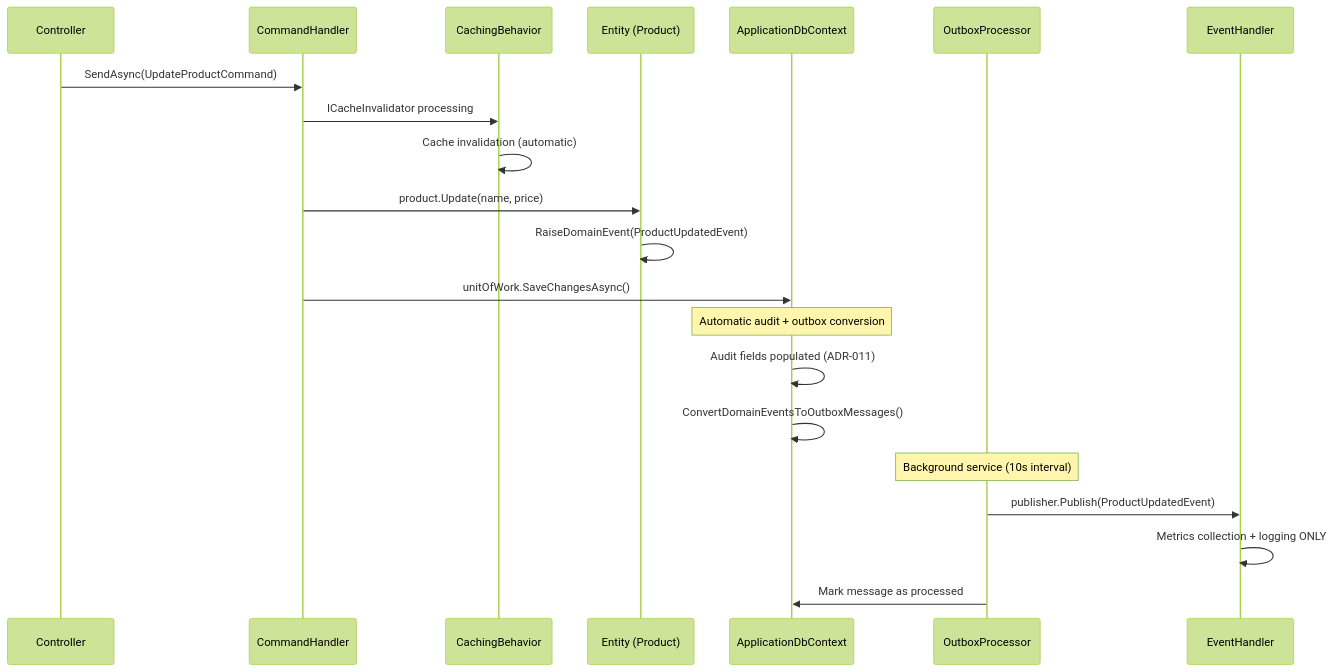
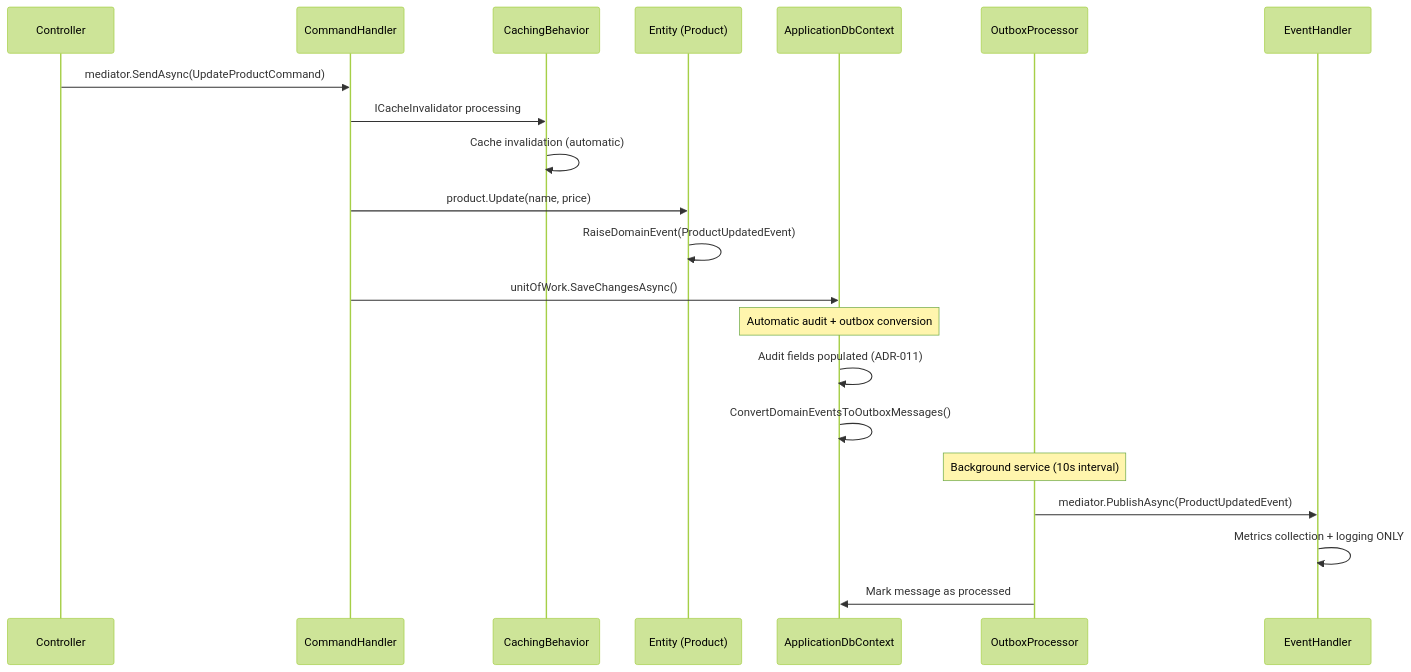
One commit to MateusjsSilva/DotNet.CleanArchitecture changed the diagram in docs/DOMAIN_EVENTS.md. Above: the diagram before and after it, drawn with Mermaid (forest theme). The commit also changed other lines of this file and 13 other files, not shown here.

````diff
--- a/docs/DOMAIN_EVENTS.md
+++ b/docs/DOMAIN_EVENTS.md
@@ -9,26 +9,26 @@
 ```mermaid
 sequenceDiagram
     participant C as Controller
     participant H as CommandHandler
     participant CB as CachingBehavior
     participant E as Entity (Product)
     participant DB as ApplicationDbContext
     participant O as OutboxProcessor
     participant EH as EventHandler
 
-    C->>H: SendAsync(UpdateProductCommand)
+    C->>H: mediator.SendAsync(UpdateProductCommand)
     H->>CB: ICacheInvalidator processing
     CB->>CB: Cache invalidation (automatic)
     H->>E: product.Update(name, price)
     E->>E: RaiseDomainEvent(ProductUpdatedEvent)
     H->>DB: unitOfWork.SaveChangesAsync()
 
     Note over DB: Automatic audit + outbox conversion
     DB->>DB: Audit fields populated (ADR-011)
     DB->>DB: ConvertDomainEventsToOutboxMessages()
 
     Note over O: Background service (10s interval)
-    O->>EH: publisher.Publish(ProductUpdatedEvent)
+    O->>EH: mediator.PublishAsync(ProductUpdatedEvent)
     EH->>EH: Metrics collection + logging ONLY
     O->>DB: Mark message as processed
 ```
````
